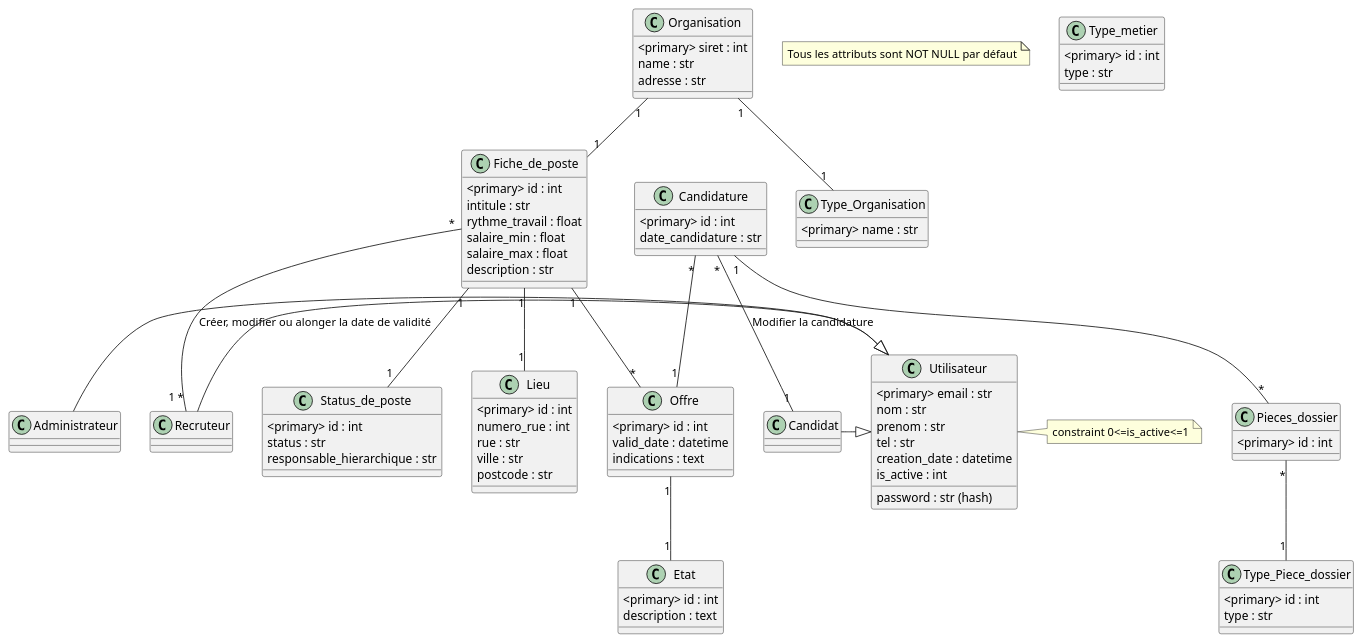
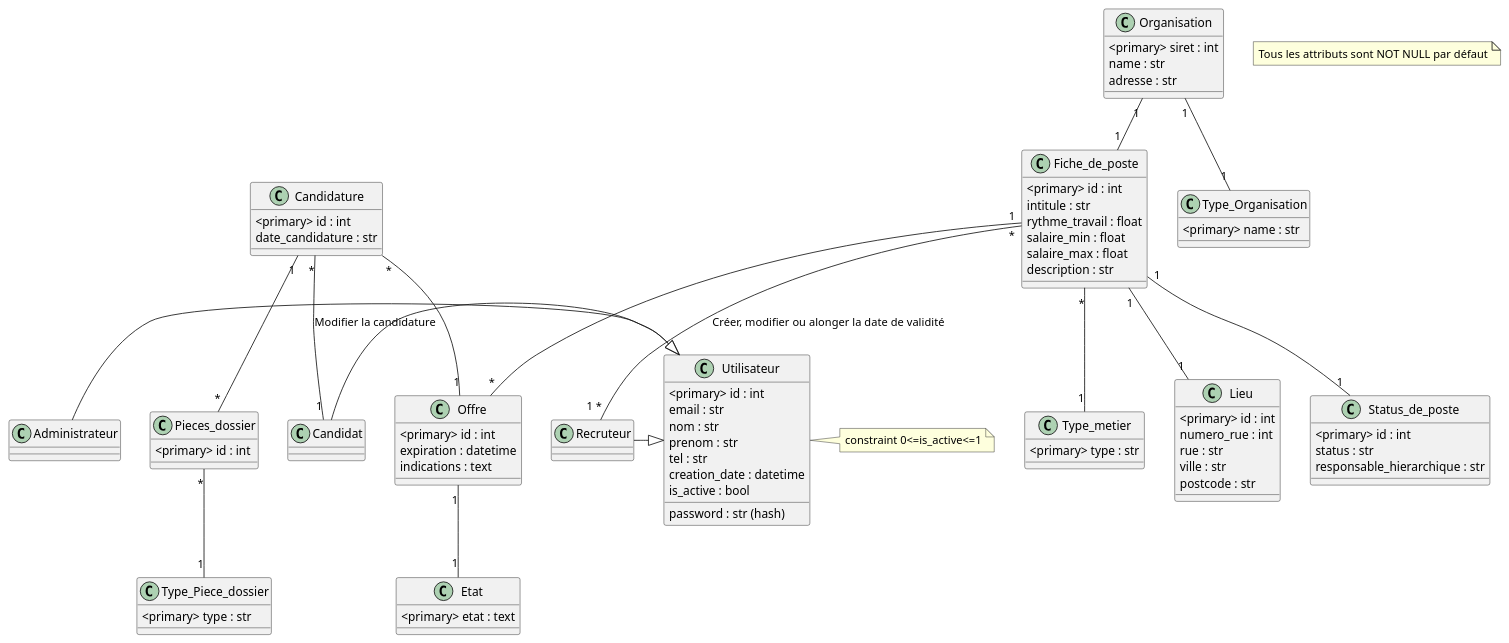
One commit to alexandreeberhardt/SR10_Website changed the diagram in TD1/UML.puml. Above: the diagram before and after it, drawn with PlantUML. The commit also changed 1 other file, not shown here.

```diff
--- a/TD1/UML.puml
+++ b/TD1/UML.puml
@@ -1,111 +1,110 @@
 @startuml
 note "Tous les attributs sont NOT NULL par défaut" as note
 
 
 
 
 class Utilisateur{
-  <primary> email : str
+  <primary> id : int
+  email : str
   password : str (hash)
   nom : str
   prenom : str
   tel : str
   creation_date : datetime
-  is_active : int
+  is_active : bool
 }
 note right
   constraint 0<=is_active<=1
 end note
 
 class Administrateur{
 }
 
 class Candidat{
 }
 class Recruteur{
 }
 
 
 
 class Type_Organisation{
   <primary> name : str
 }
 
 class Organisation{
   <primary> siret : int
   name : str
   adresse : str
 }
 
 class Etat{
-  <primary> id : int
-  description : text
+  <primary> etat : text
 }
 
 class Offre{
   <primary> id : int
-  valid_date : datetime
+  expiration : datetime
   indications : text
 }
 
 class Fiche_de_poste{
   <primary> id : int
   intitule : str
   rythme_travail : float
   salaire_min : float
   salaire_max : float
   description : str
 }
 
 class Status_de_poste{
   <primary> id : int
   status : str
   responsable_hierarchique : str
 }
 class Type_metier{
-  <primary> id : int
-  type : str
+  <primary> type : str
 }
 
 class Lieu{
   <primary> id : int
   numero_rue : int
   rue : str
   ville : str
   postcode : str 
 }
 
 class Candidature{
   <primary> id : int
   date_candidature : str
 
 }
 
 class Pieces_dossier{
   <primary> id : int
 }
 
 class Type_Piece_dossier{
-  <primary> id : int
-  type : str
+  <primary> type : str
 }
 
 Pieces_dossier "*" -- "1" Type_Piece_dossier
 
+Fiche_de_poste "*" -- "1" Type_metier
 
 Candidature "*" -- "1" Candidat : "Modifier la candidature"
 Candidature "*" -- "1" Offre
 Candidature "1" -- "*" Pieces_dossier
 Offre "1" -- "1" Etat
 Administrateur -|> Utilisateur
 Recruteur -|> Utilisateur
 Candidat -|> Utilisateur
 Organisation "1" -- "1" Type_Organisation
 Organisation "1" -- "1" Fiche_de_poste
 Fiche_de_poste "1" -- "*" Offre 
 Fiche_de_poste "1" -- "1" Status_de_poste 
 Fiche_de_poste "1" -- "1" Lieu 
 Fiche_de_poste "*" -- "1 *" Recruteur : "Créer, modifier ou alonger la date de validité"
 
 
 @enduml
```
